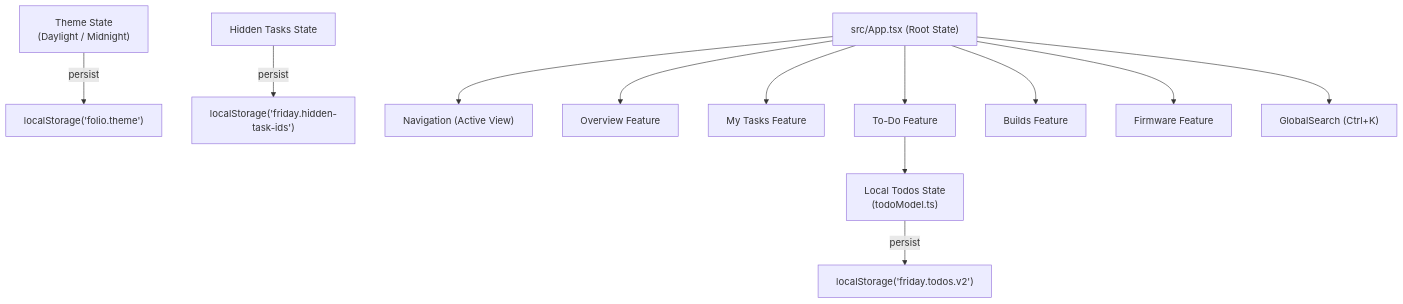
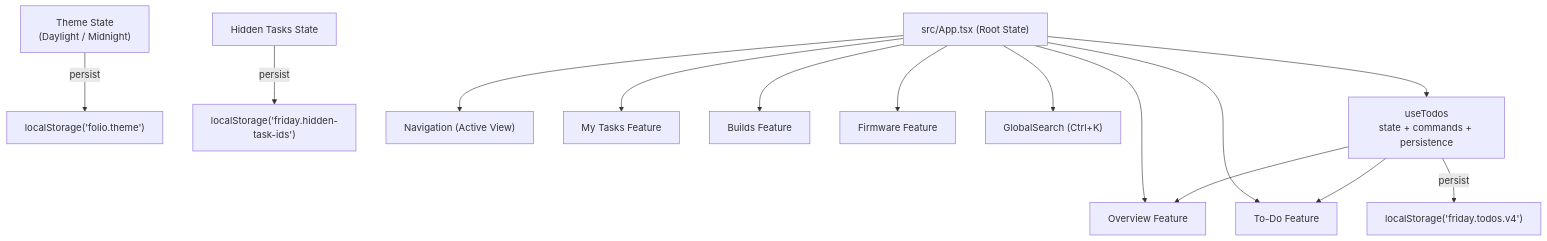
The diagram in docs/architecture.md (sky64422/PersonalDashboard), drawn with Mermaid before and after one commit. The commit also changed other lines of this file and 35 other files, not shown here.

````diff
--- a/docs/architecture.md
+++ b/docs/architecture.md
@@ -83,17 +92,19 @@
 ```mermaid
 flowchart TD
     App["src/App.tsx (Root State)"]
     ThemeState["Theme State<br/>(Daylight / Midnight)"] -->|persist| LocalStorageTheme["localStorage('folio.theme')"]
     HiddenTasks["Hidden Tasks State"] -->|persist| LocalStorageHidden["localStorage('friday.hidden-task-ids')"]
     
     App --> Nav["Navigation (Active View)"]
     App --> OverviewView["Overview Feature"]
     App --> TasksView["My Tasks Feature"]
     App --> TodosView["To-Do Feature"]
     App --> BuildsView["Builds Feature"]
     App --> FirmwareView["Firmware Feature"]
     App --> SearchModal["GlobalSearch (Ctrl+K)"]
     
-    TodosView --> TodoState["Local Todos State<br/>(todoModel.ts)"]
-    TodoState -->|persist| LocalStorageTodos["localStorage('friday.todos.v2')"]
+    App --> TodoState["useTodos<br/>state + commands + persistence"]
+    TodoState --> TodosView
+    TodoState --> OverviewView
+    TodoState -->|persist| LocalStorageTodos["localStorage('friday.todos.v4')"]
 ```
````
